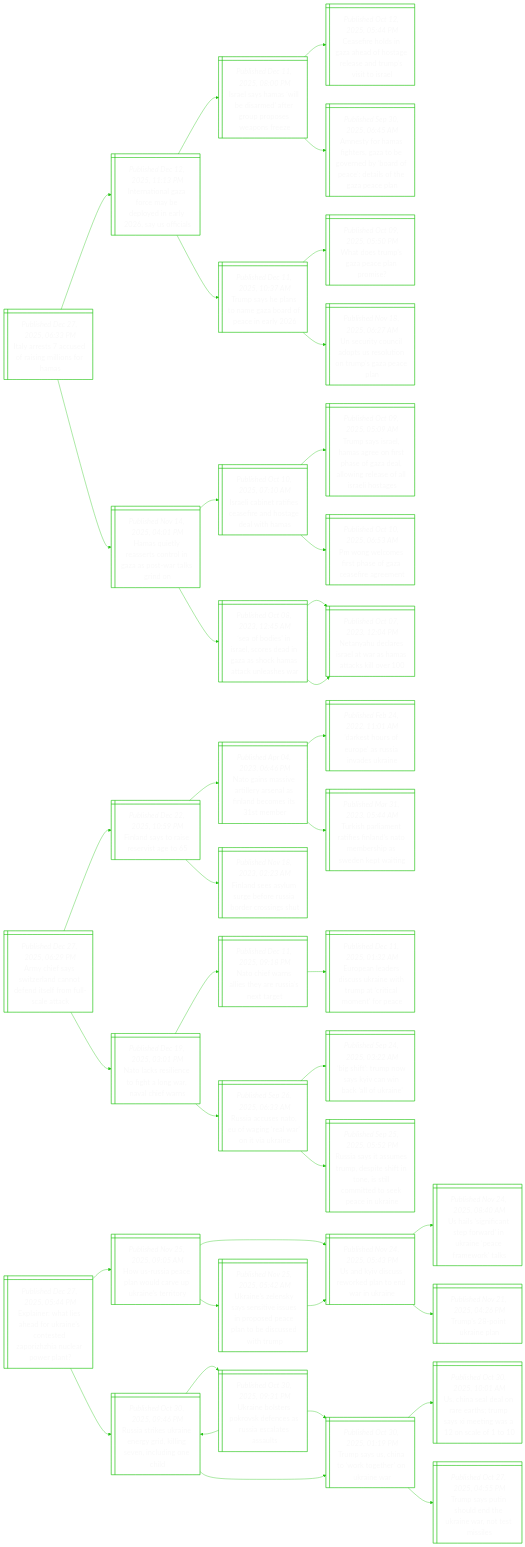
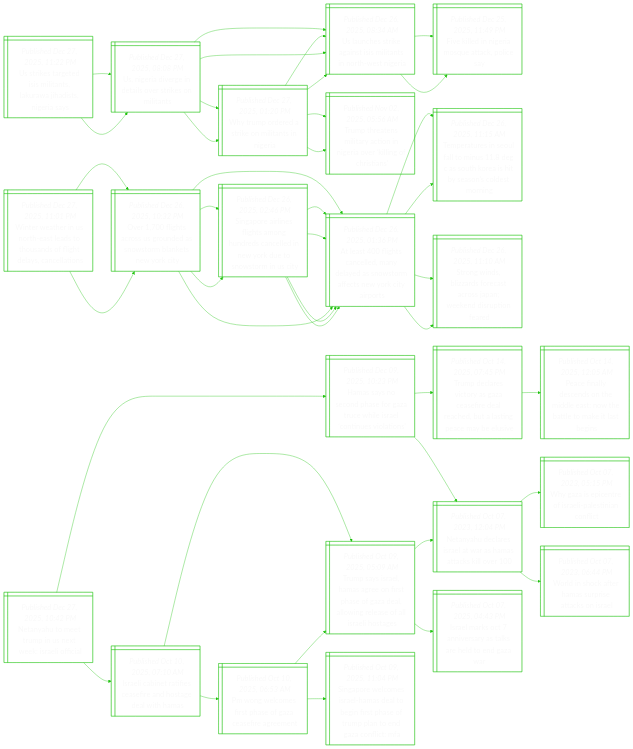
One commit to notJmes/notJmes changed the diagram in README.md. Above: the diagram before and after it, drawn with Mermaid. The commit also changed other lines of this file, not shown here.

````diff
--- a/README.md
+++ b/README.md
@@ -16,130 +16,133 @@
 flowchart LR
 classDef txtsize font-size:20px;
 
-Iatufilsa@{ shape: win-pane, label: "_Published Dec 27, 2025, 06:33 PM_
-Italy arrests 7 accused of raising millions for hamas" }
-InnzcblilUis@{ shape: win-pane, label: "_Published Dec 12, 2025, 11:13 PM_
-International gaza force may be deployed in early 2026, say us officials" }
-IlHwerfrrepr@{ shape: win-pane, label: "_Published Dec 11, 2025, 08:00 PM_
-Israel says hamas ‘will be disarmed’ after group proposes weapons freeze" }
-Cfonaoteervta@{ shape: win-pane, label: "_Published Oct 12, 2025, 05:44 PM_
-Ceasefire holds in gaza ahead of hostage release and trump’s visit to israel" }
-AtHfezerydatoGel@{ shape: win-pane, label: "_Published Sep 30, 2025, 06:45 AM_
-Amnesty for hamas fighters, gaza to be governed by ‘board of peace’: details of the gaza peace plan" }
-Tsesmadae@{ shape: win-pane, label: "_Published Dec 11, 2025, 10:37 AM_
-Trump says he plans to name gaza board of peace in early 2026" }
-Wouaaam@{ shape: win-pane, label: "_Published Oct 09, 2025, 05:50 PM_
-What does trump’s gaza peace plan promise?" }
-UuCipruomzcn@{ shape: win-pane, label: "_Published Nov 18, 2025, 06:27 AM_
-Un security council adopts us resolution on trump’s gaza peace plan" }
-HqlssrGswli@{ shape: win-pane, label: "_Published Nov 14, 2025, 04:01 PM_
-Hamas quietly reasserts control in gaza as post-war talks grind on" }
+UiaeStLahtea@{ shape: win-pane, label: "_Published Dec 27, 2025, 11:22 PM_
+Us strikes targeted isis militants, lakurawa jihadists, nigeria says" }
+Ueietotslt@{ shape: win-pane, label: "_Published Dec 27, 2025, 08:08 PM_
+Us, nigeria diverge in details over strikes on militants" }
+UnsenIisrse@{ shape: win-pane, label: "_Published Dec 26, 2025, 08:34 AM_
+Us launches strike against isis militants in north-west nigeria" }
+Fiieoakc@{ shape: win-pane, label: "_Published Dec 25, 2025, 11:49 PM_
+Five killed in nigeria mosque attack, police say" }
+WudakinNi@{ shape: win-pane, label: "_Published Dec 27, 2025, 01:20 PM_
+Why trump ordered a strike on militants in nigeria" }
+TttiriNiriCt@{ shape: win-pane, label: "_Published Nov 02, 2025, 05:56 AM_
+Trump threatens military action in nigeria over ‘killing of christians’" }
+UnsenIisrse@{ shape: win-pane, label: "_Published Dec 26, 2025, 08:34 AM_
+Us launches strike against isis militants in north-west nigeria" }
+Ueietotslt@{ shape: win-pane, label: "_Published Dec 27, 2025, 08:08 PM_
+Us, nigeria diverge in details over strikes on militants" }
+UnsenIisrse@{ shape: win-pane, label: "_Published Dec 26, 2025, 08:34 AM_
+Us launches strike against isis militants in north-west nigeria" }
+Fiieoakc@{ shape: win-pane, label: "_Published Dec 25, 2025, 11:49 PM_
+Five killed in nigeria mosque attack, police say" }
+WudakinNi@{ shape: win-pane, label: "_Published Dec 27, 2025, 01:20 PM_
+Why trump ordered a strike on militants in nigeria" }
+TttiriNiriCt@{ shape: win-pane, label: "_Published Nov 02, 2025, 05:56 AM_
+Trump threatens military action in nigeria over ‘killing of christians’" }
+UnsenIisrse@{ shape: win-pane, label: "_Published Dec 26, 2025, 08:34 AM_
+Us launches strike against isis militants in north-west nigeria" }
+
+UiaeStLahtea:::txtsize --> Ueietotslt:::txtsize
+Ueietotslt:::txtsize --> UnsenIisrse:::txtsize
+UnsenIisrse:::txtsize --> Fiieoakc:::txtsize
+Ueietotslt:::txtsize --> WudakinNi:::txtsize
+WudakinNi:::txtsize --> TttiriNiriCt:::txtsize
+WudakinNi:::txtsize --> UnsenIisrse:::txtsize
+UiaeStLahtea:::txtsize --> Ueietotslt:::txtsize
+Ueietotslt:::txtsize --> UnsenIisrse:::txtsize
+UnsenIisrse:::txtsize --> Fiieoakc:::txtsize
+Ueietotslt:::txtsize --> WudakinNi:::txtsize
+WudakinNi:::txtsize --> TttiriNiriCt:::txtsize
+WudakinNi:::txtsize --> UnsenIisrse:::txtsize
+
+WrhUttsodldsei@{ shape: win-pane, label: "_Published Dec 27, 2025, 11:01 PM_
+Winter weather in us north-east leads to thousands of flight delays, cancellations" }
+Olssrenoasot@{ shape: win-pane, label: "_Published Dec 26, 2025, 10:32 PM_
+Over 1,700 flights across us grounded as snowstorm blankets new york city" }
+AsgalnassatYirs@{ shape: win-pane, label: "_Published Dec 26, 2025, 01:36 PM_
+At least 400 flights cancelled, many delayed as snowstorm affects new york city airports" }
+Treeamdshatacsn@{ shape: win-pane, label: "_Published Dec 26, 2025, 11:15 AM_
+Temperatures in seoul fall to minus 11.8 deg c as south korea is hit by season’s coldest morning" }
+Sgszfaraedune@{ shape: win-pane, label: "_Published Dec 26, 2025, 11:10 AM_
+Strong winds, blizzards forecast across japan; weekend disruption feared" }
+Spiegmudcdwdstnt@{ shape: win-pane, label: "_Published Dec 26, 2025, 02:46 PM_
+Singapore airlines flights among hundreds cancelled in new york due to snowstorm in us city" }
+AsgalnassatYirs@{ shape: win-pane, label: "_Published Dec 26, 2025, 01:36 PM_
+At least 400 flights cancelled, many delayed as snowstorm affects new york city airports" }
+AsgalnassatYirs@{ shape: win-pane, label: "_Published Dec 26, 2025, 01:36 PM_
+At least 400 flights cancelled, many delayed as snowstorm affects new york city airports" }
+Olssrenoasot@{ shape: win-pane, label: "_Published Dec 26, 2025, 10:32 PM_
+Over 1,700 flights across us grounded as snowstorm blankets new york city" }
+AsgalnassatYirs@{ shape: win-pane, label: "_Published Dec 26, 2025, 01:36 PM_
+At least 400 flights cancelled, many delayed as snowstorm affects new york city airports" }
+Treeamdshatacsn@{ shape: win-pane, label: "_Published Dec 26, 2025, 11:15 AM_
+Temperatures in seoul fall to minus 11.8 deg c as south korea is hit by season’s coldest morning" }
+Sgszfaraedune@{ shape: win-pane, label: "_Published Dec 26, 2025, 11:10 AM_
+Strong winds, blizzards forecast across japan; weekend disruption feared" }
+Spiegmudcdwdstnt@{ shape: win-pane, label: "_Published Dec 26, 2025, 02:46 PM_
+Singapore airlines flights among hundreds cancelled in new york due to snowstorm in us city" }
+AsgalnassatYirs@{ shape: win-pane, label: "_Published Dec 26, 2025, 01:36 PM_
+At least 400 flights cancelled, many delayed as snowstorm affects new york city airports" }
+AsgalnassatYirs@{ shape: win-pane, label: "_Published Dec 26, 2025, 01:36 PM_
+At least 400 flights cancelled, many delayed as snowstorm affects new york city airports" }
+
+WrhUttsodldsei:::txtsize --> Olssrenoasot:::txtsize
+Olssrenoasot:::txtsize --> AsgalnassatYirs:::txtsize
+AsgalnassatYirs:::txtsize --> Treeamdshatacsn:::txtsize
+AsgalnassatYirs:::txtsize --> Sgszfaraedune:::txtsize
+Olssrenoasot:::txtsize --> Spiegmudcdwdstnt:::txtsize
+Spiegmudcdwdstnt:::txtsize --> AsgalnassatYirs:::txtsize
+Spiegmudcdwdstnt:::txtsize --> AsgalnassatYirs:::txtsize
+WrhUttsodldsei:::txtsize --> Olssrenoasot:::txtsize
+Olssrenoasot:::txtsize --> AsgalnassatYirs:::txtsize
+AsgalnassatYirs:::txtsize --> Treeamdshatacsn:::txtsize
+AsgalnassatYirs:::txtsize --> Sgszfaraedune:::txtsize
+Olssrenoasot:::txtsize --> Spiegmudcdwdstnt:::txtsize
+Spiegmudcdwdstnt:::txtsize --> AsgalnassatYirs:::txtsize
+Spiegmudcdwdstnt:::txtsize --> AsgalnassatYirs:::txtsize
+
+NyoTieeafa@{ shape: win-pane, label: "_Published Dec 27, 2025, 10:42 PM_
+Netanyahu to meet trump in us next week: israeli official" }
+HsonsGrhscnii@{ shape: win-pane, label: "_Published Dec 09, 2025, 10:23 PM_
+Hamas says no second phase for gaza truce while israel ‘continues violations’" }
+Tdrcaaededlncbs@{ shape: win-pane, label: "_Published Oct 14, 2025, 07:45 PM_
+Trump declares victory as gaza ceasefire deal reached, but a lasting peace may be elusive" }
+PflcoMeNelale@{ shape: win-pane, label: "_Published Oct 14, 2025, 12:05 AM_
+Peace finally descends on the middle east: now the battle to make it last begins" }
+NyeeawHakl@{ shape: win-pane, label: "_Published Oct 07, 2023, 12:04 PM_
+Netanyahu declares israel at war as hamas attacks kill over 100" }
+WzptIleint@{ shape: win-pane, label: "_Published Oct 07, 2023, 05:15 PM_
+Why gaza is epicentre of israeli-palestinian conflict" }
+Wiceapaks@{ shape: win-pane, label: "_Published Oct 07, 2023, 06:44 PM_
+World in shock after hamas surprise attacks on israel" }
 Iliaeseoewa@{ shape: win-pane, label: "_Published Oct 10, 2025, 07:10 AM_
 Israeli cabinet ratifies ceasefire and hostage deal with hamas" }
 TssHaossaaorslaoe@{ shape: win-pane, label: "_Published Oct 09, 2025, 05:09 AM_
 Trump says israel, hamas agree on first phase of gaza deal, allowing release of all israeli hostages" }
+Ilsnrakhoar@{ shape: win-pane, label: "_Published Oct 07, 2025, 04:43 PM_
+Israel marks oct 7 anniversary as talks are held to end gaza war" }
+NyeeawHakl@{ shape: win-pane, label: "_Published Oct 07, 2023, 12:04 PM_
+Netanyahu declares israel at war as hamas attacks kill over 100" }
 Pgoihfcfge@{ shape: win-pane, label: "_Published Oct 10, 2025, 06:53 AM_
 Pm wong welcomes first phase of gaza ceasefire agreement" }
-Sbsrcdnacaale@{ shape: win-pane, label: "_Published Oct 08, 2023, 12:45 AM_
-‘sea of bodies’ in israel, scores dead in gaza as shock hamas attack unleashes war" }
-NyeeawHakl@{ shape: win-pane, label: "_Published Oct 07, 2023, 12:04 PM_
-Netanyahu declares israel at war as hamas attacks kill over 100" }
-NyeeawHakl@{ shape: win-pane, label: "_Published Oct 07, 2023, 12:04 PM_
-Netanyahu declares israel at war as hamas attacks kill over 100" }
+TssHaossaaorslaoe@{ shape: win-pane, label: "_Published Oct 09, 2025, 05:09 AM_
+Trump says israel, hamas agree on first phase of gaza deal, allowing release of all israeli hostages" }
+SpeeamaeihfptGoc@{ shape: win-pane, label: "_Published Oct 09, 2025, 11:04 PM_
+Singapore welcomes israel-hamas deal to begin first phase of trump plan to end gaza conflict: mfa" }
 
-Iatufilsa:::txtsize --> InnzcblilUis:::txtsize
-InnzcblilUis:::txtsize --> IlHwerfrrepr:::txtsize
-IlHwerfrrepr:::txtsize --> Cfonaoteervta:::txtsize
-IlHwerfrrepr:::txtsize --> AtHfezerydatoGel:::txtsize
-InnzcblilUis:::txtsize --> Tsesmadae:::txtsize
-Tsesmadae:::txtsize --> Wouaaam:::txtsize
-Tsesmadae:::txtsize --> UuCipruomzcn:::txtsize
-Iatufilsa:::txtsize --> HqlssrGswli:::txtsize
-HqlssrGswli:::txtsize --> Iliaeseoewa:::txtsize
+NyoTieeafa:::txtsize --> HsonsGrhscnii:::txtsize
+HsonsGrhscnii:::txtsize --> Tdrcaaededlncbs:::txtsize
+Tdrcaaededlncbs:::txtsize --> PflcoMeNelale:::txtsize
+HsonsGrhscnii:::txtsize --> NyeeawHakl:::txtsize
+NyeeawHakl:::txtsize --> WzptIleint:::txtsize
+NyeeawHakl:::txtsize --> Wiceapaks:::txtsize
+NyoTieeafa:::txtsize --> Iliaeseoewa:::txtsize
 Iliaeseoewa:::txtsize --> TssHaossaaorslaoe:::txtsize
+TssHaossaaorslaoe:::txtsize --> Ilsnrakhoar:::txtsize
+TssHaossaaorslaoe:::txtsize --> NyeeawHakl:::txtsize
 Iliaeseoewa:::txtsize --> Pgoihfcfge:::txtsize
-HqlssrGswli:::txtsize --> Sbsrcdnacaale:::txtsize
-Sbsrcdnacaale:::txtsize --> NyeeawHakl:::txtsize
-Sbsrcdnacaale:::txtsize --> NyeeawHakl:::txtsize
-
-Ahailaddlmsak@{ shape: win-pane, label: "_Published Dec 27, 2025, 06:29 PM_
-Army chief says switzerland cannot defend itself from full-scale attack" }
-Fnsisst@{ shape: win-pane, label: "_Published Dec 22, 2025, 10:59 PM_
-Finland says to raise reservist age to 65" }
-Naaelaaidmsm@{ shape: win-pane, label: "_Published Apr 04, 2023, 06:46 PM_
-Nato gains massive artillery arsenal as finland becomes its 31st member" }
-DsruasvUn@{ shape: win-pane, label: "_Published Feb 24, 2022, 11:01 AM_
-'darkest hours of europe' as russia invades ukraine" }
-TslniFntbiwkag@{ shape: win-pane, label: "_Published Mar 31, 2023, 05:44 AM_
-Turkish parliament ratifies finland’s nato membership as sweden kept waiting" }
-Fnsugosocih@{ shape: win-pane, label: "_Published Nov 18, 2023, 02:23 AM_
-Finland sees asylum surge before russia border crossings shut" }
-Naeeotgaha@{ shape: win-pane, label: "_Published Dec 19, 2025, 03:01 PM_
-Nato lacks resilience to fight a long war, naval chief warns" }
-Nhaltrser@{ shape: win-pane, label: "_Published Dec 11, 2025, 09:18 PM_
-Nato chief warns allies they are russia’s next target" }
-Eeadsaiuccmoc@{ shape: win-pane, label: "_Published Dec 11, 2025, 01:32 AM_
-European leaders discuss ukraine with trump at ‘critical moment’ for peace" }
-Rastfnlnai@{ shape: win-pane, label: "_Published Sep 26, 2025, 06:33 AM_
-Russia accuses nato, eu of waging ‘real war’ on it via ukraine" }
-BiuwKablke@{ shape: win-pane, label: "_Published Sep 24, 2025, 03:22 AM_
-‘big shift’: trump now says kyiv can win back ‘all of ukraine’" }
-Raiureetntotseni@{ shape: win-pane, label: "_Published Sep 25, 2025, 05:52 PM_
-Russia says it assumes trump, despite shift in tone, is still committed to seek peace in ukraine" }
-
-Ahailaddlmsak:::txtsize --> Fnsisst:::txtsize
-Fnsisst:::txtsize --> Naaelaaidmsm:::txtsize
-Naaelaaidmsm:::txtsize --> DsruasvUn:::txtsize
-Naaelaaidmsm:::txtsize --> TslniFntbiwkag:::txtsize
-Fnsisst:::txtsize --> Fnsugosocih:::txtsize
-Ahailaddlmsak:::txtsize --> Naeeotgaha:::txtsize
-Naeeotgaha:::txtsize --> Nhaltrser:::txtsize
-Nhaltrser:::txtsize --> Eeadsaiuccmoc:::txtsize
-Naeeotgaha:::txtsize --> Rastfnlnai:::txtsize
-Rastfnlnai:::txtsize --> BiuwKablke:::txtsize
-Rastfnlnai:::txtsize --> Raiureetntotseni:::txtsize
-
-EiheaUnneozurrt@{ shape: win-pane, label: "_Published Dec 27, 2025, 05:44 PM_
-Explainer: what lies ahead for ukraine’s contested zaporizhzhia nuclear power plant?" }
-HRaewcuatt@{ shape: win-pane, label: "_Published Nov 25, 2025, 09:05 AM_
-How us-russia peace plan would carve up ukraine’s territory" }
-UKisrlerr@{ shape: win-pane, label: "_Published Nov 24, 2025, 05:43 PM_
-Us and kyiv discuss reworked plan to end war in ukraine" }
-Ulnaewniaark@{ shape: win-pane, label: "_Published Nov 24, 2025, 08:40 AM_
-Us hails ‘significant step forward’ in ukraine ‘peace framework’ talks" }
-Tstia@{ shape: win-pane, label: "_Published Nov 21, 2025, 04:26 PM_
-Trump’s 28-point ukraine plan" }
-Unlystsippposehp@{ shape: win-pane, label: "_Published Nov 25, 2025, 05:42 AM_
-Ukraine’s zelensky says sensitive issues in proposed peace plan to be discussed with trump" }
-UKisrlerr@{ shape: win-pane, label: "_Published Nov 24, 2025, 05:43 PM_
-Us and kyiv discuss reworked plan to end war in ukraine" }
-Rakreyknelgh@{ shape: win-pane, label: "_Published Oct 30, 2025, 09:46 PM_
-Russia strikes ukraine energy grid, killing seven, including one child" }
-UnsPvfssstss@{ shape: win-pane, label: "_Published Oct 30, 2025, 09:31 PM_
-Ukraine bolsters pokrovsk defences as russia escalates assaults" }
-Rakreyknelgh@{ shape: win-pane, label: "_Published Oct 30, 2025, 09:46 PM_
-Russia strikes ukraine energy grid, killing seven, including one child" }
-TsSareoaa@{ shape: win-pane, label: "_Published Oct 30, 2025, 01:19 PM_
-Trump says us, china to ‘work together’ on ukraine war" }
-TsSareoaa@{ shape: win-pane, label: "_Published Oct 30, 2025, 01:19 PM_
-Trump says us, china to ‘work together’ on ukraine war" }
-Unloehmsewne@{ shape: win-pane, label: "_Published Oct 30, 2025, 10:01 AM_
-Us, china seal deal on rare earths; trump says xi meeting was a 12 on scale of 1 to 10" }
-Tsuheeiress@{ shape: win-pane, label: "_Published Oct 27, 2025, 04:55 PM_
-Trump says putin should end the ukraine war, not test missiles" }
-
-EiheaUnneozurrt:::txtsize --> HRaewcuatt:::txtsize
-HRaewcuatt:::txtsize --> UKisrlerr:::txtsize
-UKisrlerr:::txtsize --> Ulnaewniaark:::txtsize
-UKisrlerr:::txtsize --> Tstia:::txtsize
-HRaewcuatt:::txtsize --> Unlystsippposehp:::txtsize
-Unlystsippposehp:::txtsize --> UKisrlerr:::txtsize
-EiheaUnneozurrt:::txtsize --> Rakreyknelgh:::txtsize
-Rakreyknelgh:::txtsize --> UnsPvfssstss:::txtsize
-UnsPvfssstss:::txtsize --> Rakreyknelgh:::txtsize
-UnsPvfssstss:::txtsize --> TsSareoaa:::txtsize
-Rakreyknelgh:::txtsize --> TsSareoaa:::txtsize
-TsSareoaa:::txtsize --> Unloehmsewne:::txtsize
-TsSareoaa:::txtsize --> Tsuheeiress:::txtsize
+Pgoihfcfge:::txtsize --> TssHaossaaorslaoe:::txtsize
+Pgoihfcfge:::txtsize --> SpeeamaeihfptGoc:::txtsize
 
 ```
````
